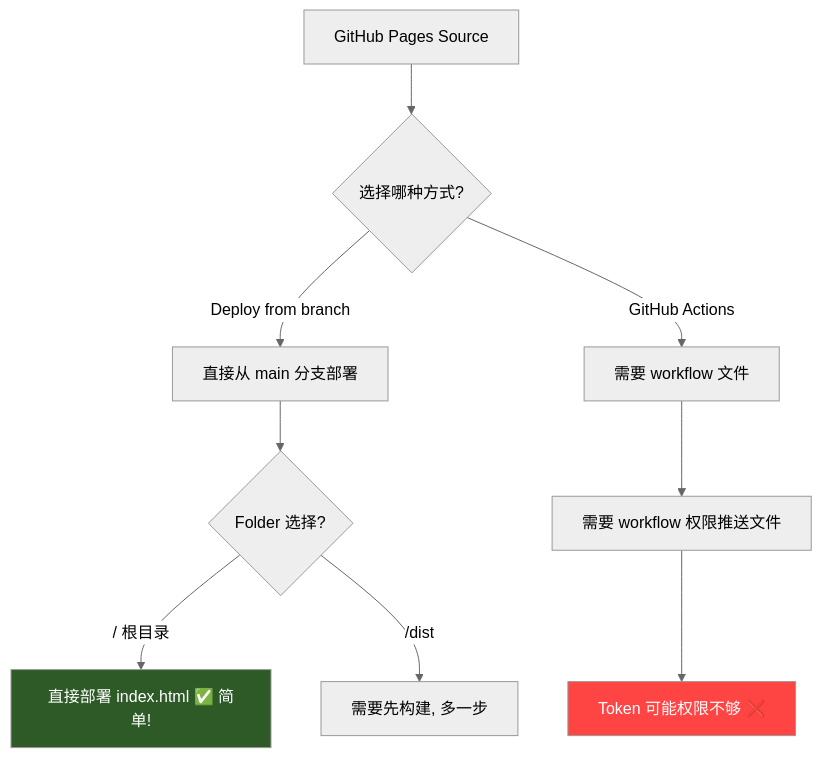
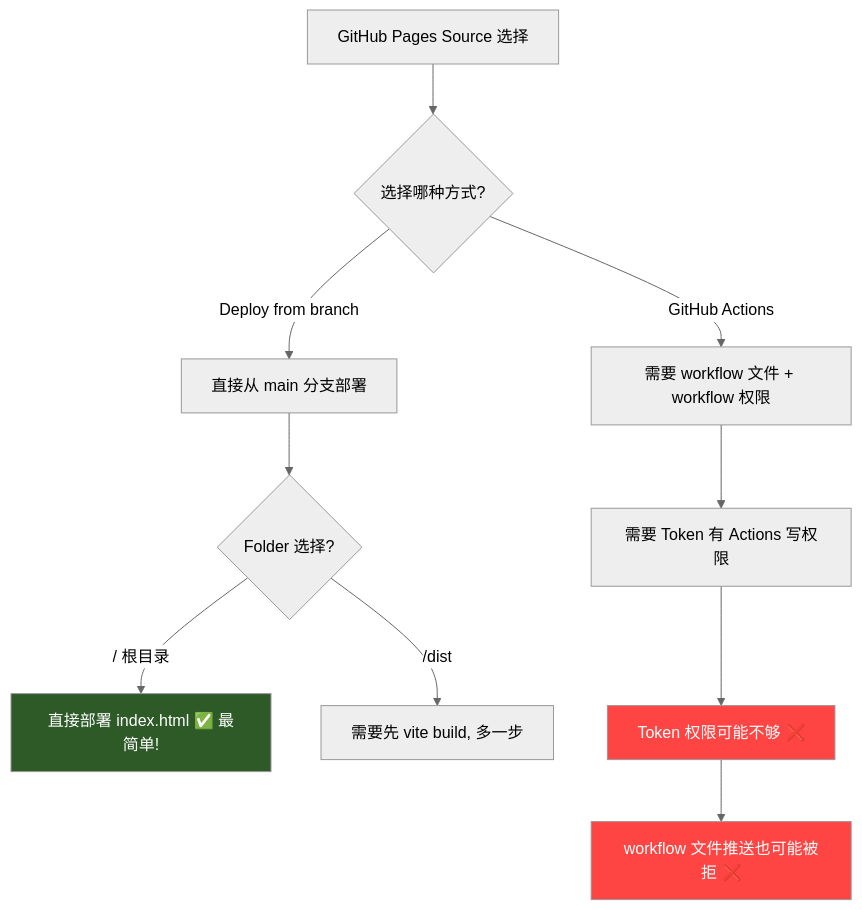
One commit to Easter127/trae changed diagram 13 of 20 in PROJECT_GUIDE.md. Above: the diagram before and after it, drawn with Mermaid (neutral theme). The commit also changed other lines of this file, not shown here.

Commit message:
Update PROJECT_GUIDE: add all 12 pitfalls with real error messages and mermaid diagrams

````diff
--- a/PROJECT_GUIDE.md
+++ b/PROJECT_GUIDE.md
@@ -448,16 +631,18 @@
 ```mermaid
 graph TD
-    A[GitHub Pages Source] --> B{选择哪种方式?}
-    B -->|Deploy from branch| C[直接从 main 分支部署]
-    B -->|GitHub Actions| D[需要 workflow 文件]
+    A["GitHub Pages Source 选择"] --> B{选择哪种方式?}
+    B -->|"Deploy from branch"| C["直接从 main 分支部署"]
+    B -->|"GitHub Actions"| D["需要 workflow 文件 + workflow 权限"]
     
     C --> E{Folder 选择?}
-    E -->|/ 根目录| F[直接部署 index.html ✅ 简单!]
-    E -->|/dist| G[需要先构建, 多一步]
+    E -->|"/ 根目录"| F["直接部署 index.html ✅ 最简单!"]
+    E -->|"/dist"| G["需要先 vite build, 多一步"]
     
-    D --> H[需要 workflow 权限推送文件]
-    H --> I[Token 可能权限不够 ❌]
+    D --> H["需要 Token 有 Actions 写权限"]
+    H --> I["Token 权限可能不够 ❌"]
+    I --> J["workflow 文件推送也可能被拒 ❌"]
     
     style F fill:#2d5a27,color:#fff
     style I fill:#ff4444,color:#fff
+    style J fill:#ff4444,color:#fff
 ```
````
